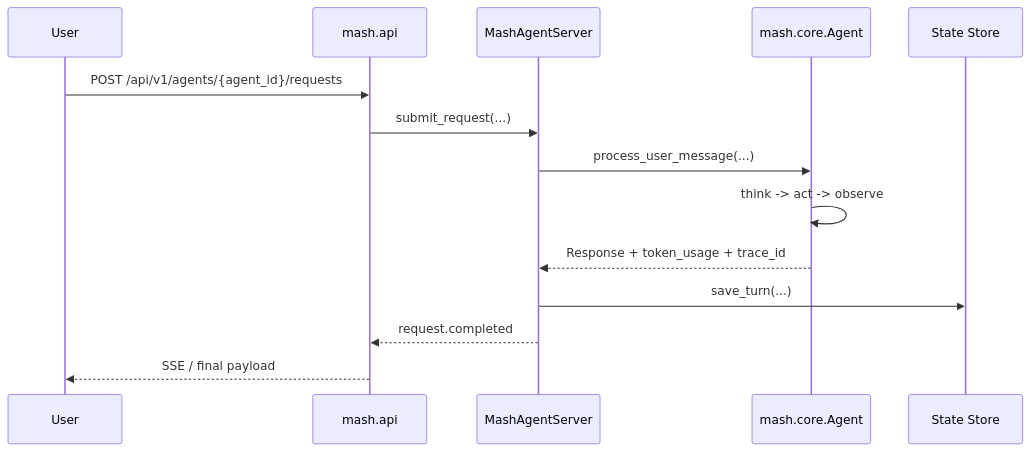
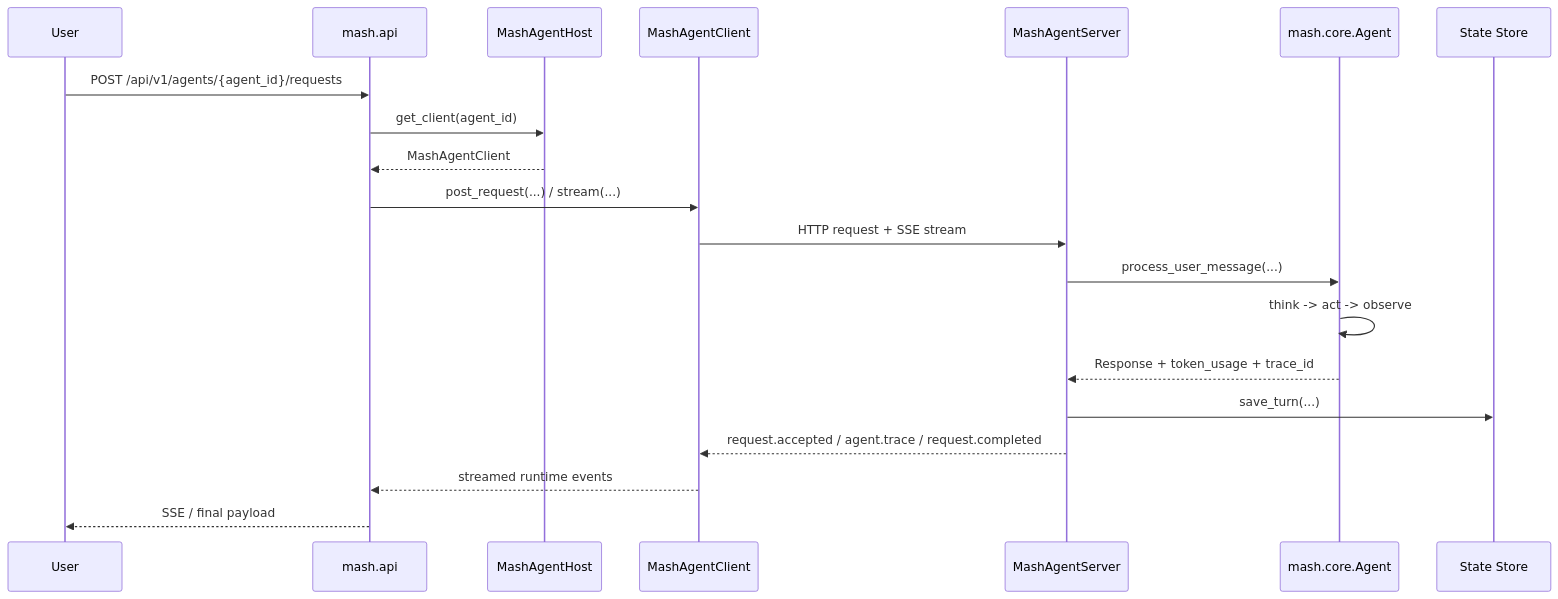
One commit to imsid/mashpy changed the second of 3 diagrams in README.md. Above: the diagram before and after it, drawn with Mermaid. The commit also changed other lines of this file, not shown here.

````diff
--- a/README.md
+++ b/README.md
@@ -103,17 +104,24 @@
 ```mermaid
 sequenceDiagram
     participant User
     participant API as mash.api
+    participant Host as MashAgentHost
+    participant Client as MashAgentClient
     participant Runtime as MashAgentServer
     participant Agent as mash.core.Agent
     participant Store as State Store
 
     User->>API: POST /api/v1/agents/{agent_id}/requests
-    API->>Runtime: submit_request(...)
+    API->>Host: get_client(agent_id)
+    Host-->>API: MashAgentClient
+    API->>Client: post_request(...) / stream(...)
+    Client->>Runtime: HTTP request + SSE stream
     Runtime->>Agent: process_user_message(...)
     Agent->>Agent: think -> act -> observe
     Agent-->>Runtime: Response + token_usage + trace_id
     Runtime->>Store: save_turn(...)
-    Runtime-->>API: request.completed
+    Runtime-->>Client: request.accepted / agent.trace / request.completed
+    Client-->>API: streamed runtime events
     API-->>User: SSE / final payload
+
 ```
````
